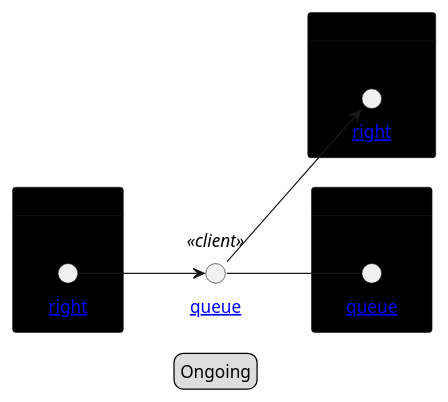
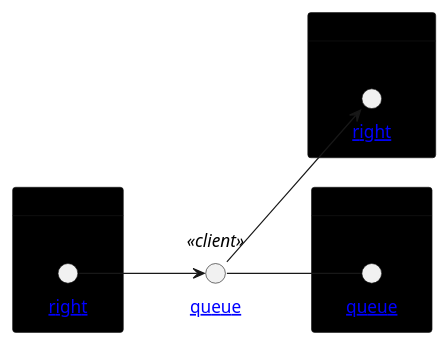
Before and after one commit to pavetok/pavetok.github.io: the diagram in diagrams/queue-example/transaction-ongoing.puml, drawn with PlantUML. The commit also changed 22 other files, not shown here.

```diff
--- a/diagrams/queue-example/transaction-ongoing.puml
+++ b/diagrams/queue-example/transaction-ongoing.puml
@@ -1,28 +1,26 @@
 @startuml
 left to right direction
 
 skinparam card {
     BorderThickness 0.5
     BackgroundColor 0
 }
-
-legend Ongoing
 
 card Alice {
     circle "[[/work/transaction-types/queue-example/diagrams/right-send/{right} right]]" as owner1 <<send>>
 }
 
 circle "[[/work/transaction-types/queue-example/diagrams/queue-client/{queue} queue]]" as queue1 <<client>>
 
 card Bob {
     circle "[[/work/transaction-types/queue-example/diagrams/right-receive/{right} right]]" as owner2 <<receive>>
 }
 
 card Carol {
     circle "[[/work/transaction-types/queue-example/diagrams/queue-server/{queue} queue]]" as queue2 <<server>>
 }
 
 queue1 -- queue2
 owner1 --> queue1
 queue1 --> owner2
 @enduml
```
